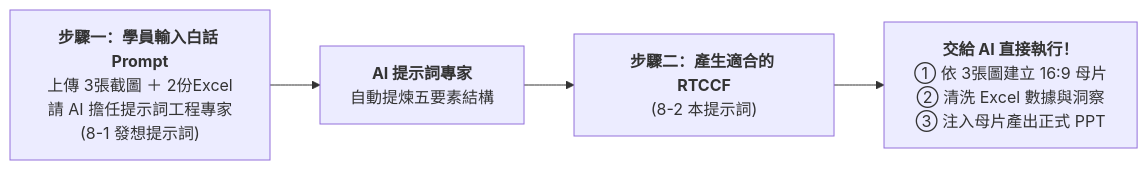
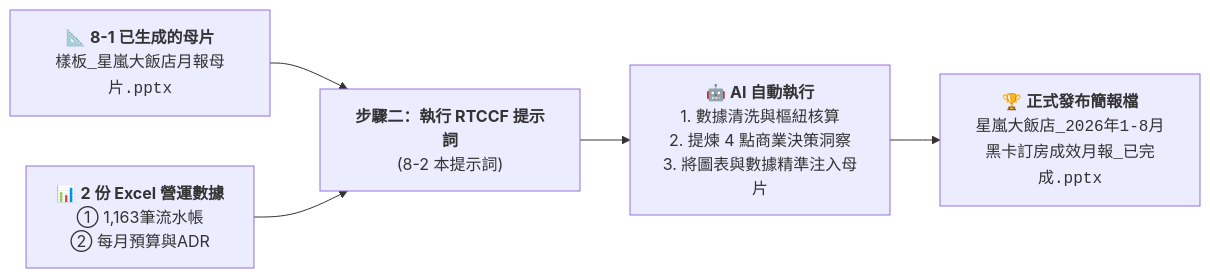
The diagram in 常見的AI應用/實戰範例/訂房月報統計與 PPT 自動化/8-2_AI產出之RTCCF營運指標與商業洞察提示詞.md (roberthsu2003/workflow-productivity), drawn with Mermaid before and after one commit. The commit also changed other lines of this file and 2 other files, not shown here.

````diff
--- a/常見的AI應用/實戰範例/訂房月報統計與 PPT 自動化/8-2_AI產出之RTCCF營運指標與商業洞察提示詞.md
+++ b/常見的AI應用/實戰範例/訂房月報統計與 PPT 自動化/8-2_AI產出之RTCCF營運指標與商業洞察提示詞.md
@@ -15,6 +15,7 @@
 ```mermaid
 flowchart LR
-    Step1["<b>步驟一：學員輸入白話 Prompt</b><br/>上傳 3張截圖 ＋ 2份Excel<br/>請 AI 擔任提示詞工程專家<br/>(8-1 發想提示詞)"] --> AIGen["<b>AI 提示詞專家</b><br/>自動提煉五要素結構"]
-    AIGen --> Step2["<b>步驟二：產生適合的 RTCCF</b><br/>(8-2 本提示詞)"]
-    Step2 --> Execute["<b>交給 AI 直接執行！</b><br/>① 依 3張圖建立 16:9 母片<br/>② 清洗 Excel 數據與洞察<br/>③ 注入母片產出正式 PPT"]
+    Master["📐 <b>8-1 已生成的母片</b><br/><code>樣板_星嵐大飯店月報母片.pptx</code>"] --> Step2["<b>步驟二：執行 RTCCF 提示詞</b><br/>(8-2 本提示詞)"]
+    ExcelData["📊 <b>2 份 Excel 營運數據</b><br/>① 1,163筆流水帳<br/>② 每月預算與ADR"] --> Step2
+    Step2 --> AIExec["🤖 <b>AI 自動執行</b><br/>1. 數據清洗與樞紐核算<br/>2. 提煉 4 點商業決策洞察<br/>3. 將圖表與數據精準注入母片"]
+    AIExec --> FinalPPT["🏆 <b>正式發布簡報檔</b><br/><code>星嵐大飯店_2026年1-8月黑卡訂房成效月報_已完成.pptx</code>"]
 ```
````
